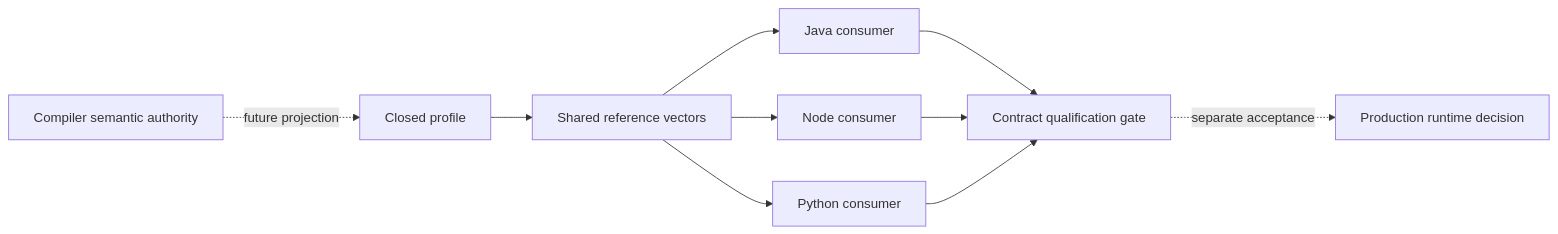
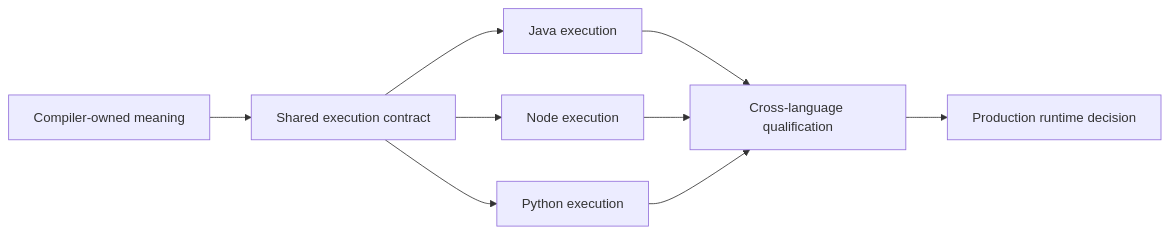
Before and after one commit to The-Pipeline-Framework/pipelineframework: the diagram in docs/decisions/0088-polyglot-contract-qualification-precedes-runtime-selection.md, drawn with Mermaid. The commit also changed other lines of this file and 1 other file, not shown here.

Commit message:
docs: explain polyglot architecture and move evidence to issues

````diff
--- a/docs/decisions/0088-polyglot-contract-qualification-precedes-runtime-selection.md
+++ b/docs/decisions/0088-polyglot-contract-qualification-precedes-runtime-selection.md
@@ -36,12 +26,11 @@
 ```mermaid
 flowchart LR
-    C[Compiler semantic authority] -. future projection .-> P[Closed profile]
-    V[Shared reference vectors] --> J[Java consumer]
-    V --> N[Node consumer]
-    V --> Y[Python consumer]
-    P --> V
-    J --> G[Contract qualification gate]
-    N --> G
-    Y --> G
-    G -. separate acceptance .-> R[Production runtime decision]
+    C[Compiler-owned meaning] --> P[Shared execution contract]
+    P --> J[Java execution]
+    P --> N[Node execution]
+    P --> Y[Python execution]
+    J --> Q[Cross-language qualification]
+    N --> Q
+    Y --> Q
+    Q --> D[Production runtime decision]
 ```
````
